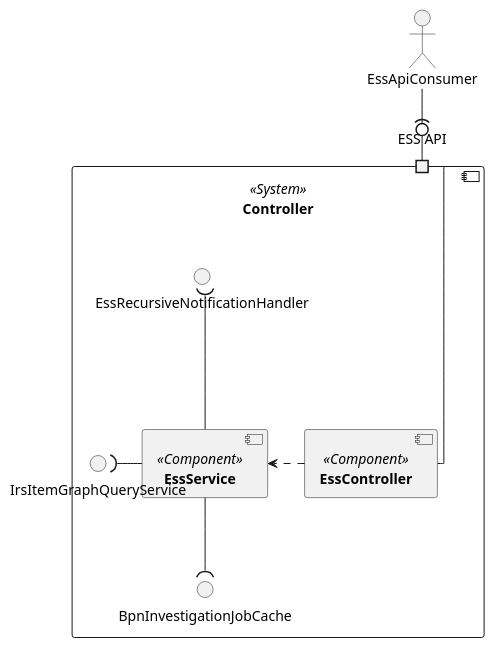
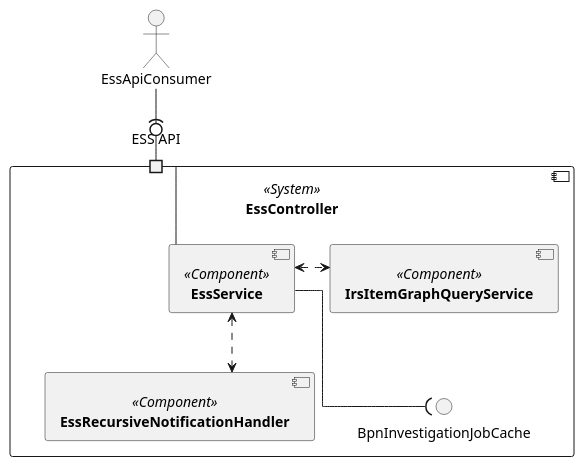
The diagram in docs/src/uml-diagrams/building-block-view/level-2-int-ess.puml (eclipse-tractusx/item-relationship-service), drawn with PlantUML before and after one commit. The commit also changed 3 other files, not shown here.

```diff
--- a/docs/src/uml-diagrams/building-block-view/level-2-int-ess.puml
+++ b/docs/src/uml-diagrams/building-block-view/level-2-int-ess.puml
@@ -1,26 +1,24 @@
 @startuml
 skinparam monochrome true
 skinparam shadowing false
 skinparam linetype ortho
 skinparam defaultFontName "Architects daughter"
 
- component [**Controller**] <<System>> as Controller {
-    component [**EssController**] <<Component>> as EssController
+ component [**EssController**] <<System>> as EssController {
     component [**EssService**] <<Component>> as EssService
+    component [**EssRecursiveNotificationHandler**] <<Component>> as EssRecursiveNotificationHandler
+    component [**IrsItemGraphQueryService**] <<Component>> as IrsItemGraphQueryService
         port "ESS API" as API_PORT
-    EssController .> EssService
     interface BpnInvestigationJobCache
-    interface IrsItemGraphQueryService
-    interface EssRecursiveNotificationHandler
+
+    EssService <.> IrsItemGraphQueryService
+    EssService <..> EssRecursiveNotificationHandler
+    EssService --( BpnInvestigationJobCache
 
     }
 
     actor EssApiConsumer
-        EssController -up- API_PORT
+        EssService -up- API_PORT
         EssApiConsumer -(0- API_PORT
 
-        EssService -down-( BpnInvestigationJobCache
-        EssService -left-( IrsItemGraphQueryService
-        EssService -up--( EssRecursiveNotificationHandler
-
 @enduml
```
